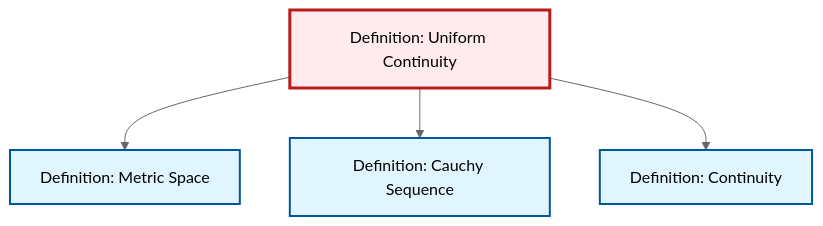
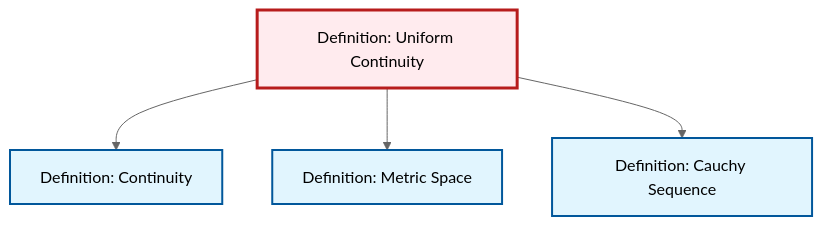
The diagram in content/en/analysis/def-uniform-continuity.qmd (RK0429/ModernMath), drawn with Mermaid (neutral theme) before and after one commit. The commit also changed other lines of this file and 619 other files, not shown here.

````diff
--- a/content/en/analysis/def-uniform-continuity.qmd
+++ b/content/en/analysis/def-uniform-continuity.qmd
@@ -69,20 +69,20 @@
 ```{mermaid}
 %%| fig-cap: "Local dependency graph"
 graph TD
     classDef definition fill:#e1f5fe,stroke:#01579b,stroke-width:2px
     classDef theorem fill:#f3e5f5,stroke:#4a148c,stroke-width:2px
     classDef axiom fill:#fff3e0,stroke:#e65100,stroke-width:2px
     classDef example fill:#e8f5e9,stroke:#1b5e20,stroke-width:2px
     classDef current fill:#ffebee,stroke:#b71c1c,stroke-width:3px
+    def-uniform-continuity["Definition: Uniform Continuity"]:::definition
+    def-cauchy-sequence["Definition: Cauchy Sequence"]:::definition
+    def-continuity["Definition: Continuity"]:::definition
     def-metric-space["Definition: Metric Space"]:::definition
-    def-cauchy-sequence["Definition: Cauchy Sequence"]:::definition
-    def-uniform-continuity["Definition: Uniform Continuity"]:::definition
-    def-continuity["Definition: Continuity"]:::definition
+    def-uniform-continuity --> def-continuity
     def-uniform-continuity --> def-metric-space
     def-uniform-continuity --> def-cauchy-sequence
-    def-uniform-continuity --> def-continuity
     class def-uniform-continuity current
-    click def-metric-space "def-metric-space.html" "Go to Metric Space definition"
     click def-cauchy-sequence "def-cauchy-sequence.html" "Go to Cauchy Sequence definition"
     click def-continuity "def-continuity.html" "Go to Continuity definition"
+    click def-metric-space "def-metric-space.html" "Go to Metric Space definition"
 ```
````
